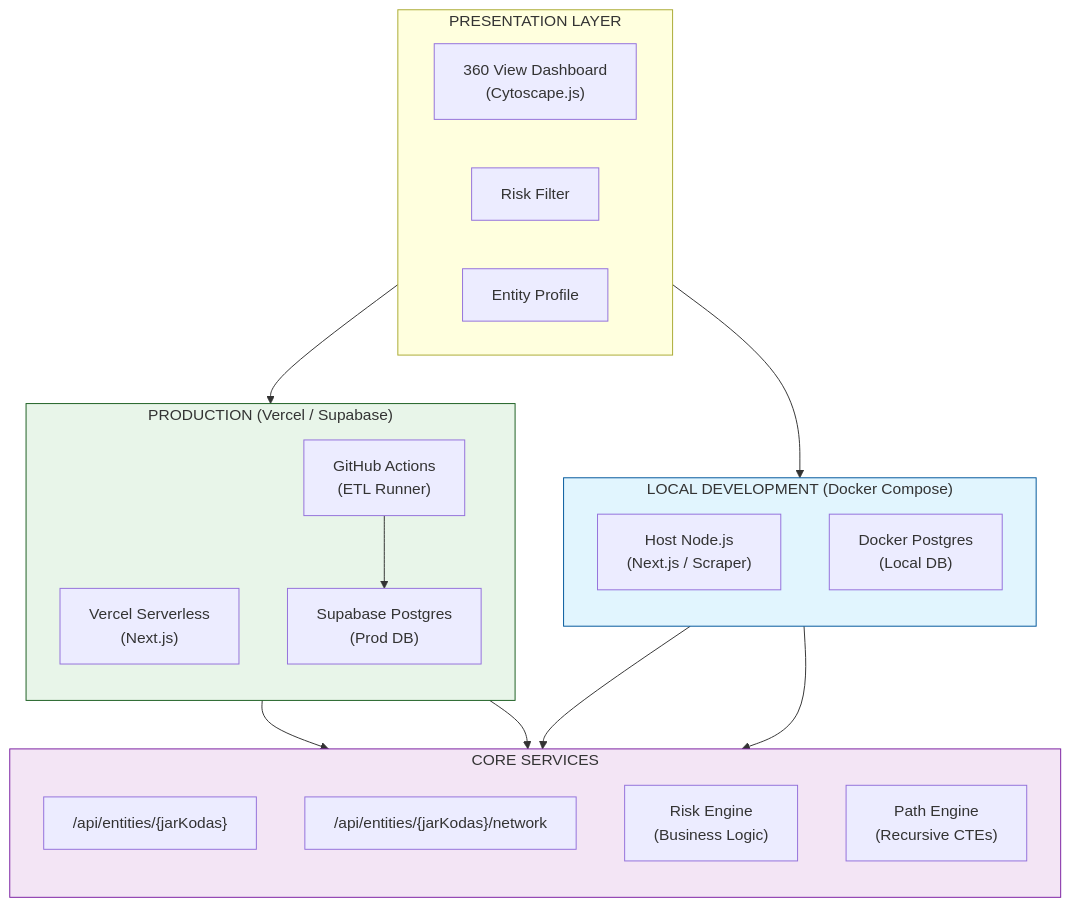
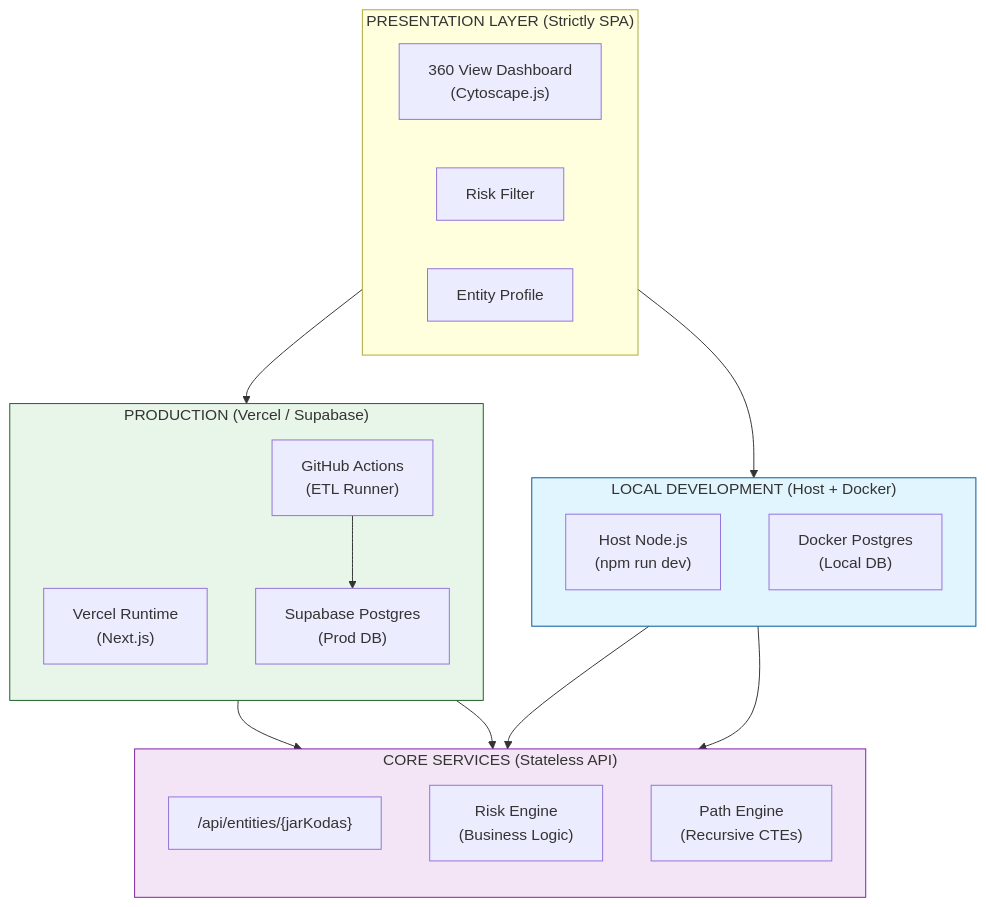
One commit to rimvydasb/risk-intelligence changed the second of 7 diagrams in ARCHITECTURE.md. Above: the diagram before and after it, drawn with Mermaid. The commit also changed other lines of this file and 1 other file, not shown here.

````diff
--- a/ARCHITECTURE.md
+++ b/ARCHITECTURE.md
@@ -446,42 +446,41 @@
 ```mermaid
 graph TB
-    subgraph LOCAL["LOCAL DEVELOPMENT (Docker Compose)"]
+    subgraph LOCAL["LOCAL DEVELOPMENT (Host + Docker)"]
         direction TB
-        NH["Host Node.js<br/>(Next.js / Scraper)"]
+        NH["Host Node.js<br/>(npm run dev)"]
         LD["Docker Postgres<br/>(Local DB)"]
     end
 
     subgraph PROD["PRODUCTION (Vercel / Supabase)"]
         direction TB
-        VH["Vercel Serverless<br/>(Next.js)"]
+        VH["Vercel Runtime<br/>(Next.js)"]
         GA["GitHub Actions<br/>(ETL Runner)"]
         SD["Supabase Postgres<br/>(Prod DB)"]
     end
 
-    subgraph PRESENTATION["PRESENTATION LAYER"]
+    subgraph PRESENTATION["PRESENTATION LAYER (Strictly SPA)"]
         direction LR
         GV["360 View Dashboard<br/>(Cytoscape.js)"]
         RF["Risk Filter"]
         ED["Entity Profile"]
     end
 
-    subgraph CORE_SERVICES["CORE SERVICES"]
+    subgraph CORE_SERVICES["CORE SERVICES (Stateless API)"]
         direction TB
         A1["/api/entities/{jarKodas}"]
-        A2["/api/entities/{jarKodas}/network"]
         RS["Risk Engine<br/>(Business Logic)"]
         PE["Path Engine<br/>(Recursive CTEs)"]
     end
 
     PRESENTATION --> VH
     PRESENTATION --> NH
     VH --> CORE_SERVICES
     NH --> CORE_SERVICES
     GA --> SD
     SD --> CORE_SERVICES
     LD --> CORE_SERVICES
 
     style LOCAL fill:#e1f5fe,stroke:#01579b
     style PROD fill:#e8f5e9,stroke:#1b5e20
     style CORE_SERVICES fill:#f3e5f5,stroke:#7b1fa2
 ```
````
